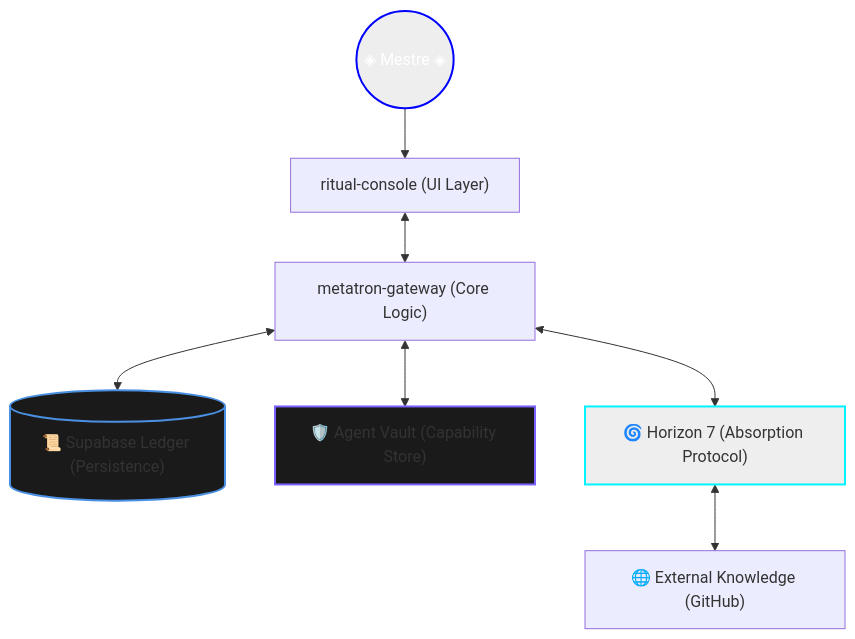
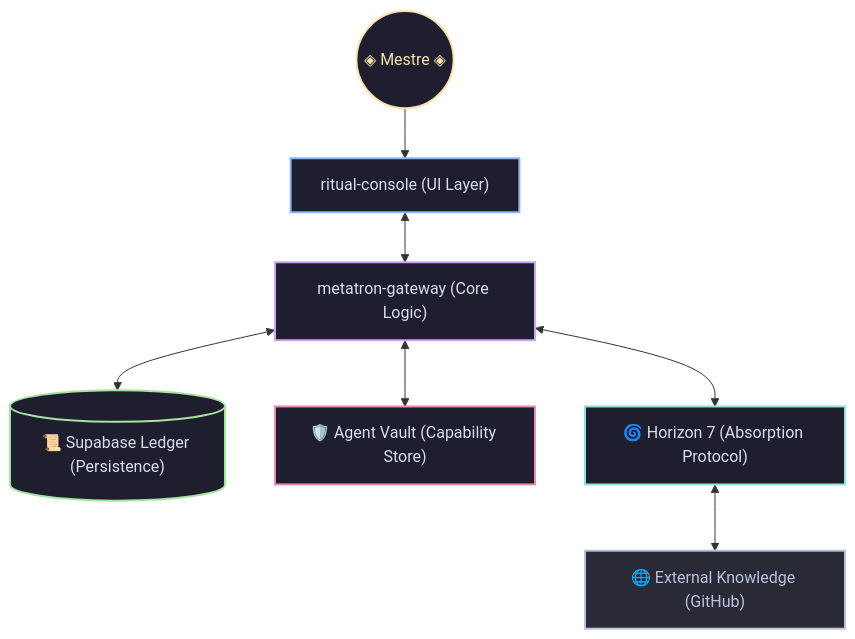
One commit to zansued/metatrongui changed the diagram in README.md. Above: the diagram before and after it, drawn with Mermaid.

````diff
--- a/README.md
+++ b/README.md
@@ -11,25 +11,29 @@
 ```mermaid
 graph TD
     %% Nodes
     User(("◈ Mestre ◈"))
     Console["ritual-console (UI Layer)"]
     Gateway["metatron-gateway (Core Logic)"]
     Ledger[("📜 Supabase Ledger (Persistence)")]
     Vault["🛡️ Agent Vault (Capability Store)"]
     Horizon7["🌀 Horizon 7 (Absorption Protocol)"]
     ExternalGit["🌐 External Knowledge (GitHub)"]
 
     %% Connections
     User --> Console
     Console <--> Gateway
     Gateway <--> Ledger
     Gateway <--> Vault
     Gateway <--> Horizon7
     Horizon7 <--> ExternalGit
 
-    %% Styling
-    style User fill:#eee,stroke:#00f,stroke-width:2px,color:#fff
-    style Ledger fill:#1a1a1a,stroke:#4a90e2,stroke-width:2px
-    style Vault fill:#1a1a1a,stroke:#7b61ff,stroke-width:2px
-    style Horizon7 fill:#eee,stroke:#00f3ff,stroke-width:2px
+    %% Styling (Dark Cyber-Arcane Theme)
+    %% Fundo escuro uniforme com bordas coloridas para categorização
+    style User fill:#1E1E2E,stroke:#F9E2AF,stroke-width:2px,color:#F9E2AF
+    style Console fill:#1E1E2E,stroke:#89B4FA,stroke-width:2px,color:#D9E0EE
+    style Gateway fill:#1E1E2E,stroke:#CBA6F7,stroke-width:2px,color:#D9E0EE
+    style Ledger fill:#1E1E2E,stroke:#A6E3A1,stroke-width:2px,color:#D9E0EE
+    style Vault fill:#1E1E2E,stroke:#F38BA8,stroke-width:2px,color:#D9E0EE
+    style Horizon7 fill:#1E1E2E,stroke:#94E2D5,stroke-width:2px,color:#D9E0EE
+    style ExternalGit fill:#2A2A37,stroke:#BAC2DE,stroke-width:2px,color:#BAC2DE
 ```
````
